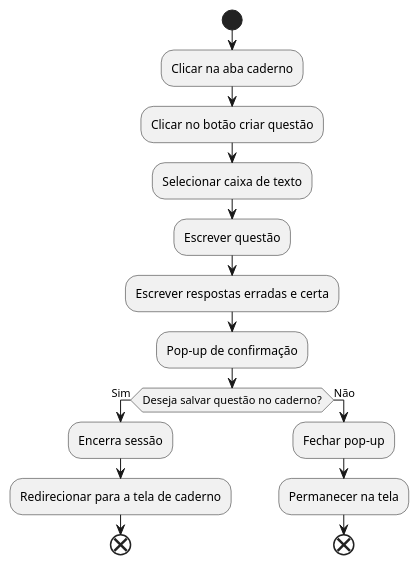
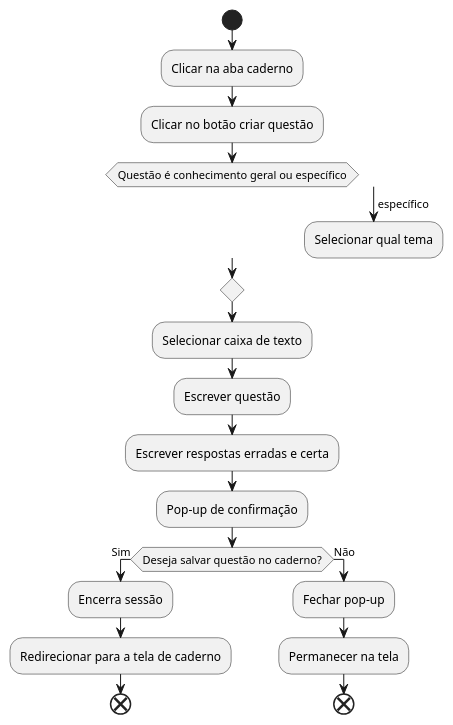
Before and after one commit to julioryanm/P.I.Fatec-1SEM.2024: the diagram in Documentacao/diagrama_atividade/src/criar_questoes.wsd, drawn with PlantUML. The commit also changed 2 other files, not shown here.

```diff
--- a/Documentacao/diagrama_atividade/src/criar_questoes.wsd
+++ b/Documentacao/diagrama_atividade/src/criar_questoes.wsd
@@ -1,17 +1,21 @@
-@startuml caderno
+@startuml criar_questões
 start
 :Clicar na aba caderno;
 :Clicar no botão criar questão;
+switch (Questão é conhecimento geral ou específico)
+case (específico)
+	:Selecionar qual tema;
+endswitch
 :Selecionar caixa de texto;
 :Escrever questão;
 :Escrever respostas erradas e certa;
 :Pop-up de confirmação;
 if (Deseja salvar questão no caderno?) then (Sim)
     :Encerra sessão;
     :Redirecionar para a tela de caderno;
     end
 else (Não)
     :Fechar pop-up;
     :Permanecer na tela;
     end
 @enduml
```
